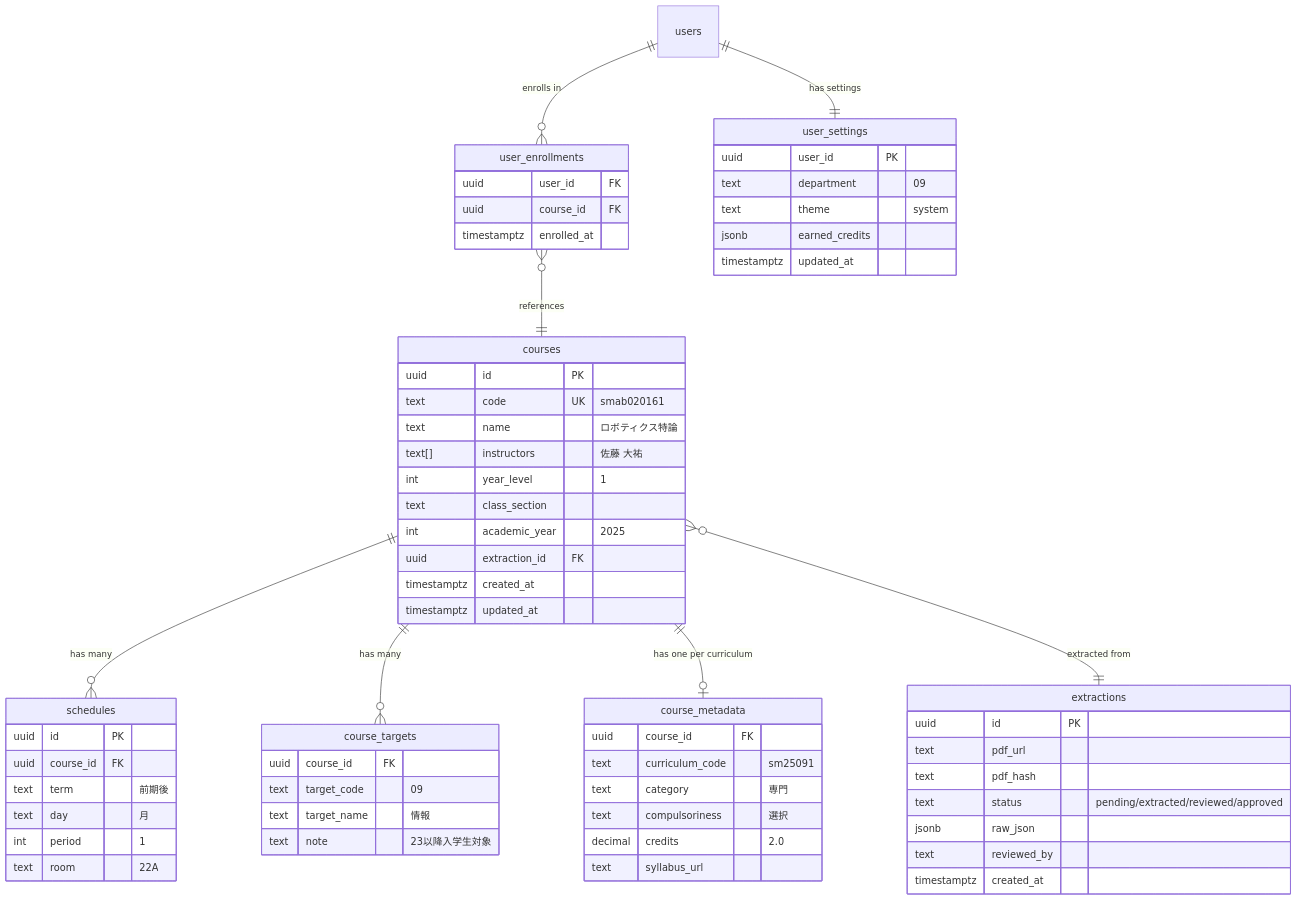
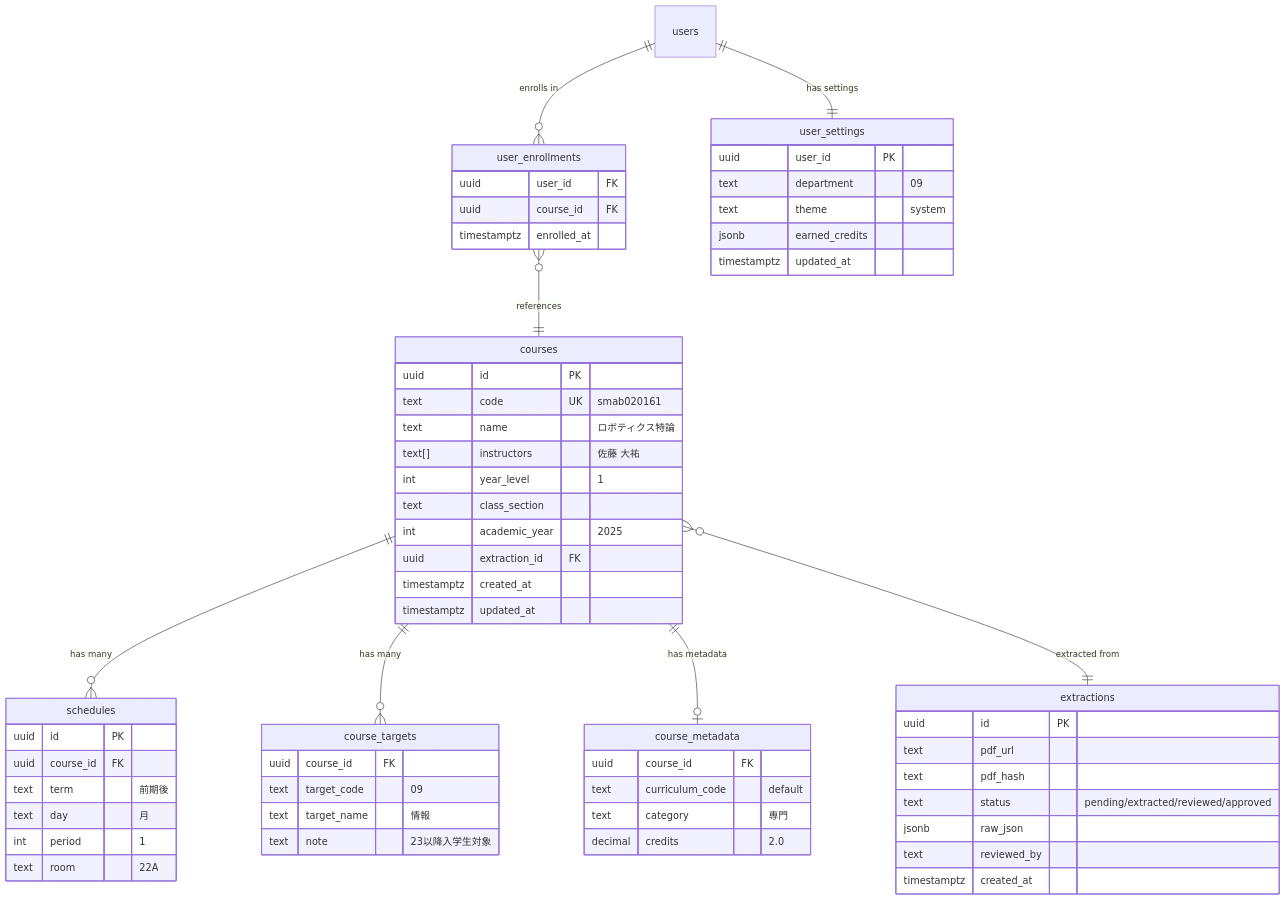
The diagram in Docs/02_data_model.md (nahcaru/tcu-time), drawn with Mermaid before and after one commit. The commit also changed other lines of this file and 11 other files, not shown here.

First line of the commit message:
Simplify enrichment: remove compulsoriness, syllabus_url, and per-curriculum logic

````diff
--- a/Docs/02_data_model.md
+++ b/Docs/02_data_model.md
@@ -9,72 +9,70 @@
 ```mermaid
 erDiagram
     courses ||--o{ schedules : "has many"
     courses ||--o{ course_targets : "has many"
-    courses ||--o| course_metadata : "has one per curriculum"
+    courses ||--o| course_metadata : "has metadata"
     courses }o--|| extractions : "extracted from"
     users ||--o{ user_enrollments : "enrolls in"
     users ||--|| user_settings : "has settings"
     user_enrollments }o--|| courses : "references"
 
     courses {
         uuid id PK
         text code UK "smab020161"
         text name "ロボティクス特論"
         text[] instructors "佐藤 大祐"
         int year_level "1"
         text class_section ""
         int academic_year "2025"
         uuid extraction_id FK
         timestamptz created_at
         timestamptz updated_at
     }
 
     schedules {
         uuid id PK
         uuid course_id FK
         text term "前期後"
         text day "月"
         int period "1"
         text room "22A"
     }
 
     course_targets {
         uuid course_id FK
         text target_code "09"
         text target_name "情報"
         text note "23以降入学生対象"
     }
 
     course_metadata {
         uuid course_id FK
-        text curriculum_code "sm25091"
+        text curriculum_code "default"
         text category "専門"
-        text compulsoriness "選択"
         decimal credits "2.0"
-        text syllabus_url
     }
 
     extractions {
         uuid id PK
         text pdf_url
         text pdf_hash
         text status "pending/extracted/reviewed/approved"
         jsonb raw_json
         text reviewed_by
         timestamptz created_at
     }
 
     user_enrollments {
         uuid user_id FK
         uuid course_id FK
         timestamptz enrolled_at
     }
 
     user_settings {
         uuid user_id PK
         text department "09"
         text theme "system"
         jsonb earned_credits
         timestamptz updated_at
     }
 ```
````
